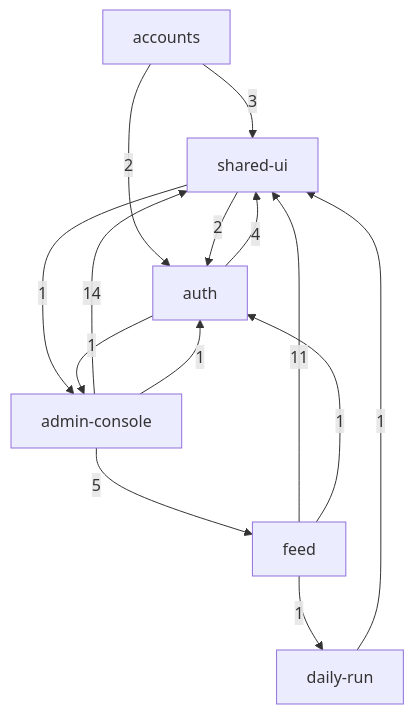
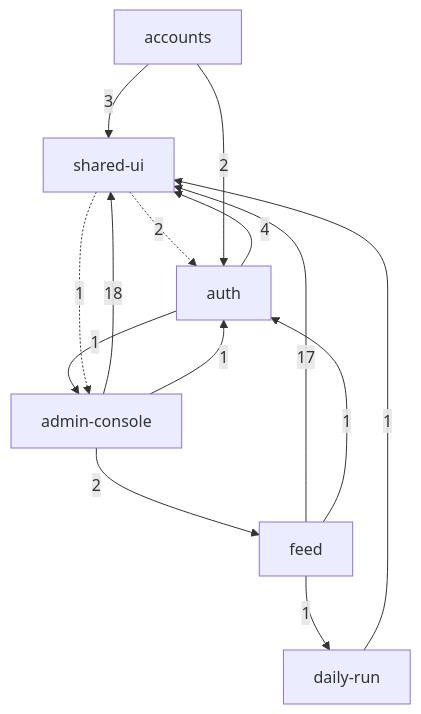
One commit to kwmacioszek/szczur-radar changed the second of 2 diagrams in context/map/evidence/3-structure.md. Above: the diagram before and after it, drawn with Mermaid. The commit also changed other lines of this file and 23 other files, not shown here.

````diff
--- a/context/map/evidence/3-structure.md
+++ b/context/map/evidence/3-structure.md
@@ -97,22 +110,22 @@
 ```mermaid
 graph TB
   accounts["accounts"]
-  ui["shared-ui"]
+  shared_ui["shared-ui"]
   auth["auth"]
-  daily["daily-run"]
-  admin["admin-console"]
+  daily_run["daily-run"]
+  admin_console["admin-console"]
   feed["feed"]
-  admin -->|14| ui
-  feed -->|11| ui
-  admin -->|5| feed
-  auth -->|4| ui
-  accounts -->|3| ui
+  admin_console -->|18| shared_ui
+  feed -->|17| shared_ui
+  auth -->|4| shared_ui
+  accounts -->|3| shared_ui
+  admin_console -->|2| feed
+  shared_ui -.->|2| auth
   accounts -->|2| auth
-  ui -->|2| auth
-  ui -->|1| admin
-  auth -->|1| admin
-  admin -->|1| auth
-  daily -->|1| ui
-  feed -->|1| daily
+  daily_run -->|1| shared_ui
+  auth -->|1| admin_console
+  shared_ui -.->|1| admin_console
+  admin_console -->|1| auth
+  feed -->|1| daily_run
   feed -->|1| auth
 ```
````
